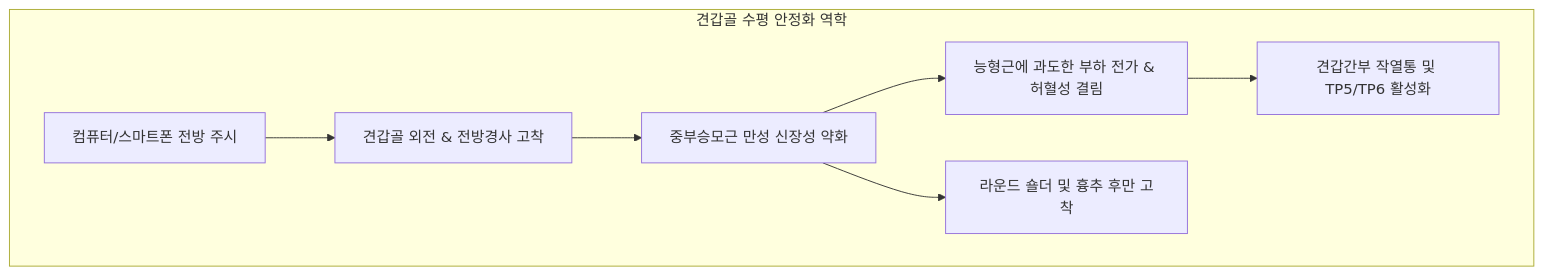
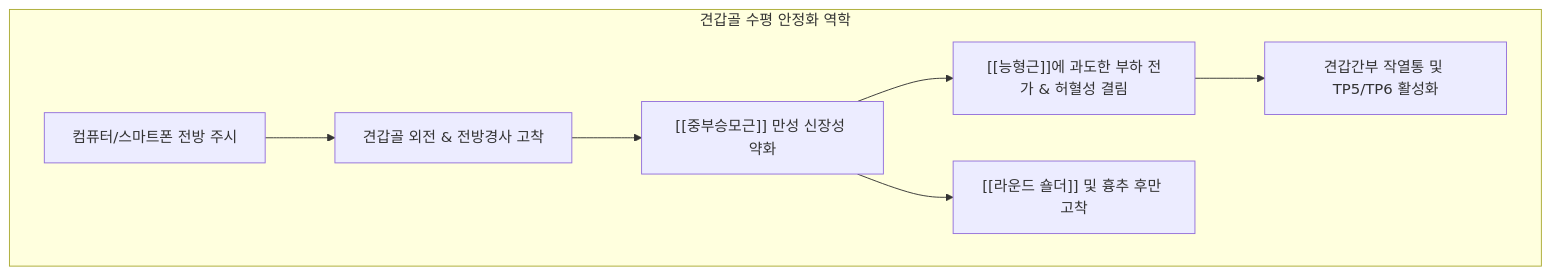
The second of 3 diagrams in content/1. 근골격계 공부/근육/(3) 어깨죽지/중부승모근.md (simbio11/simbio-digital-garden2), drawn with Mermaid before and after one commit. The commit also changed other lines of this file and 150 other files, not shown here.

````diff
--- a/content/1. 근골격계 공부/근육/(3) 어깨죽지/중부승모근.md
+++ b/content/1. 근골격계 공부/근육/(3) 어깨죽지/중부승모근.md
@@ -66,10 +73,10 @@
 ```mermaid
 flowchart TD
     subgraph RetractionTensegrity [견갑골 수평 안정화 역학]
         A["컴퓨터/스마트폰 전방 주시"] --> B["견갑골 외전 & 전방경사 고착"]
-        B --> C["중부승모근 만성 신장성 약화"]
-        C --> D["능형근에 과도한 부하 전가 & 허혈성 결림"]
-        C --> E["라운드 숄더 및 흉추 후만 고착"]
+        B --> C["[[중부승모근]] 만성 신장성 약화"]
+        C --> D["[[능형근]]에 과도한 부하 전가 & 허혈성 결림"]
+        C --> E["[[라운드 숄더]] 및 흉추 후만 고착"]
         D --> F["견갑간부 작열통 및 TP5/TP6 활성화"]
     end
 ```
````
